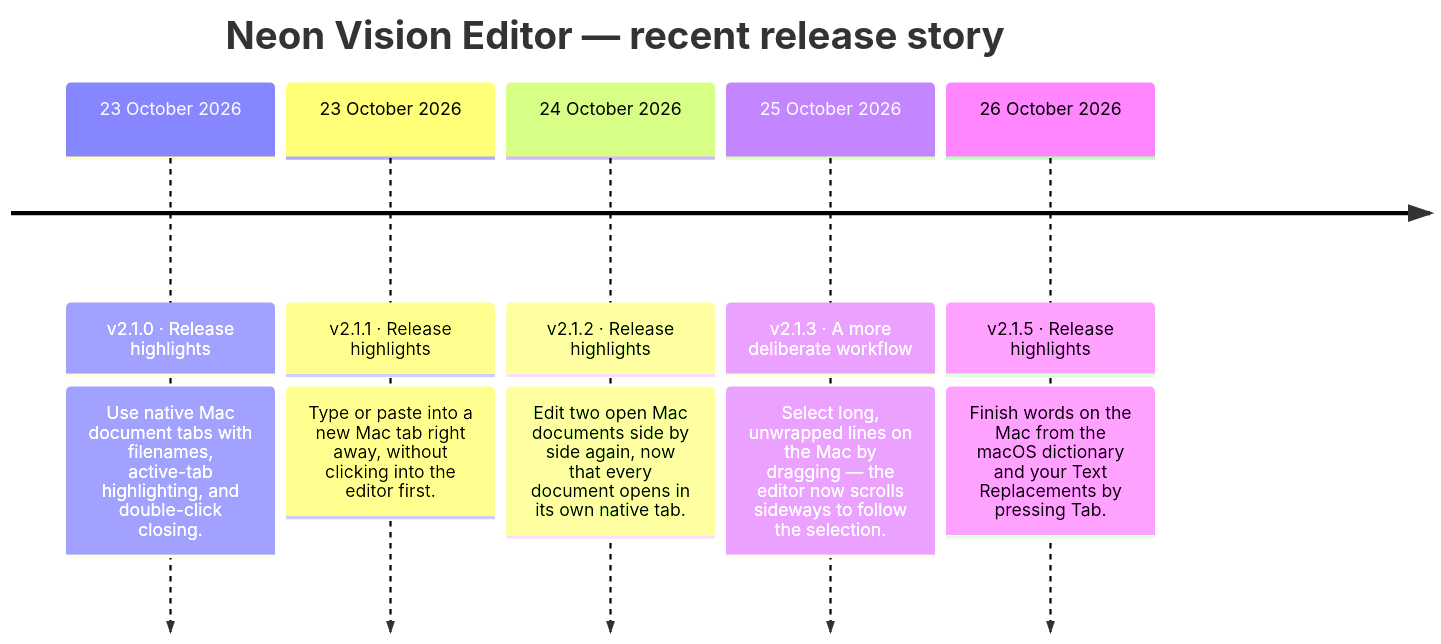
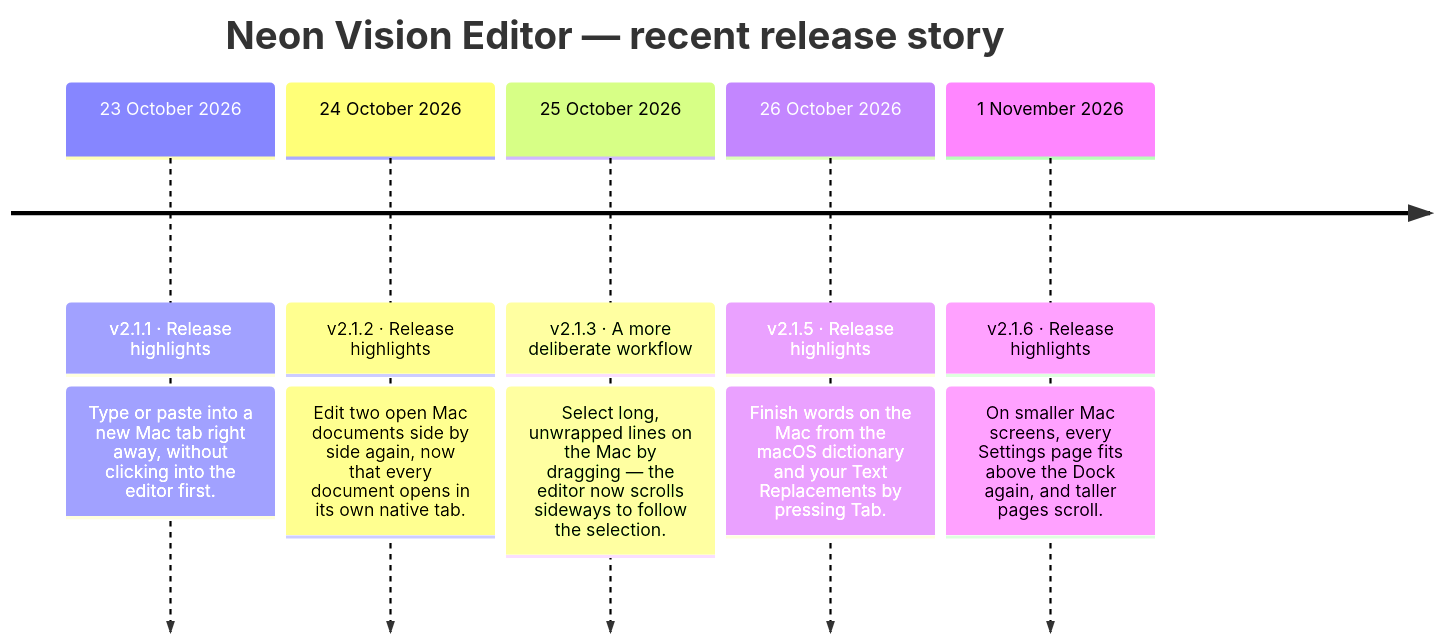
The diagram in README.md (h3pdesign/Neon-Vision-Editor), drawn with Mermaid before and after one commit. The commit also changed other lines of this file and 9 other files, not shown here.

````diff
--- a/README.md
+++ b/README.md
@@ -750,14 +760,14 @@
 ```mermaid
 timeline
     title Neon Vision Editor — recent release story
-    23 October 2026 : v2.1.0 · Release highlights
-                : Use native Mac document tabs with filenames, active-tab highlighting, and double-click closing.
     23 October 2026 : v2.1.1 · Release highlights
                 : Type or paste into a new Mac tab right away, without clicking into the editor first.
     24 October 2026 : v2.1.2 · Release highlights
                 : Edit two open Mac documents side by side again, now that every document opens in its own native tab.
     25 October 2026 : v2.1.3 · A more deliberate workflow
                 : Select long, unwrapped lines on the Mac by dragging — the editor now scrolls sideways to follow the selection.
     26 October 2026 : v2.1.5 · Release highlights
                 : Finish words on the Mac from the macOS dictionary and your Text Replacements by pressing Tab.
+    1 November 2026 : v2.1.6 · Release highlights
+                : On smaller Mac screens, every Settings page fits above the Dock again, and taller pages scroll.
 ```
````
